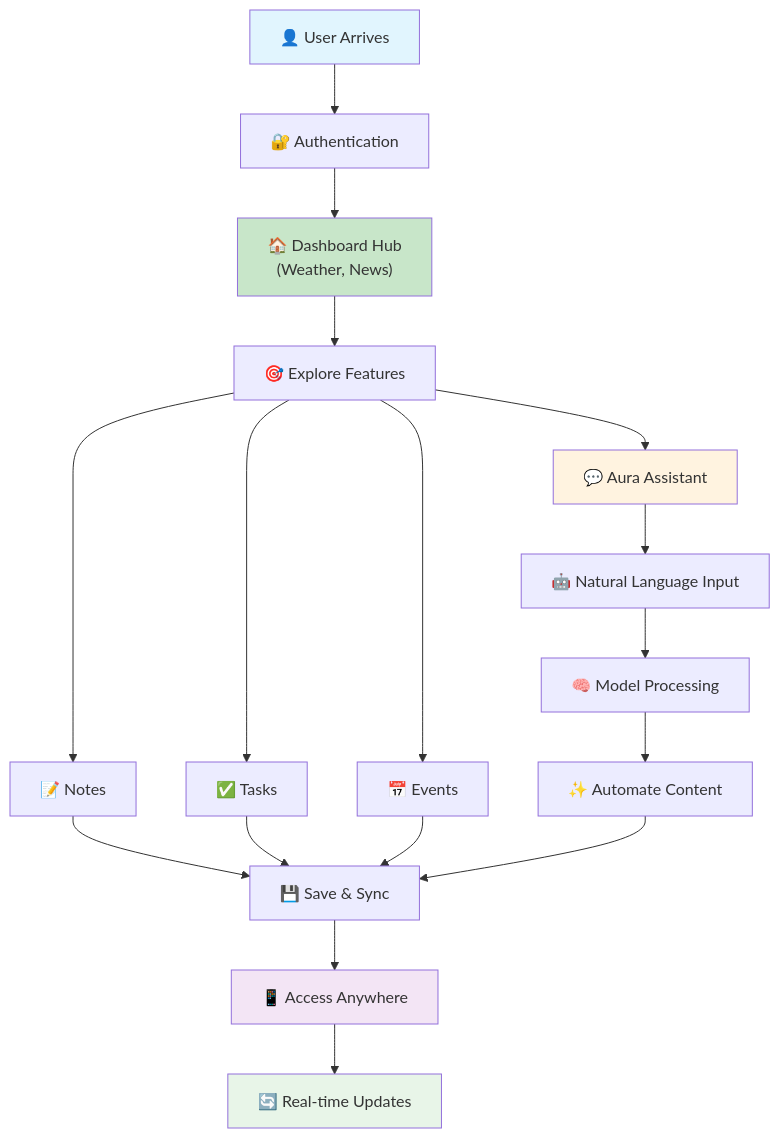
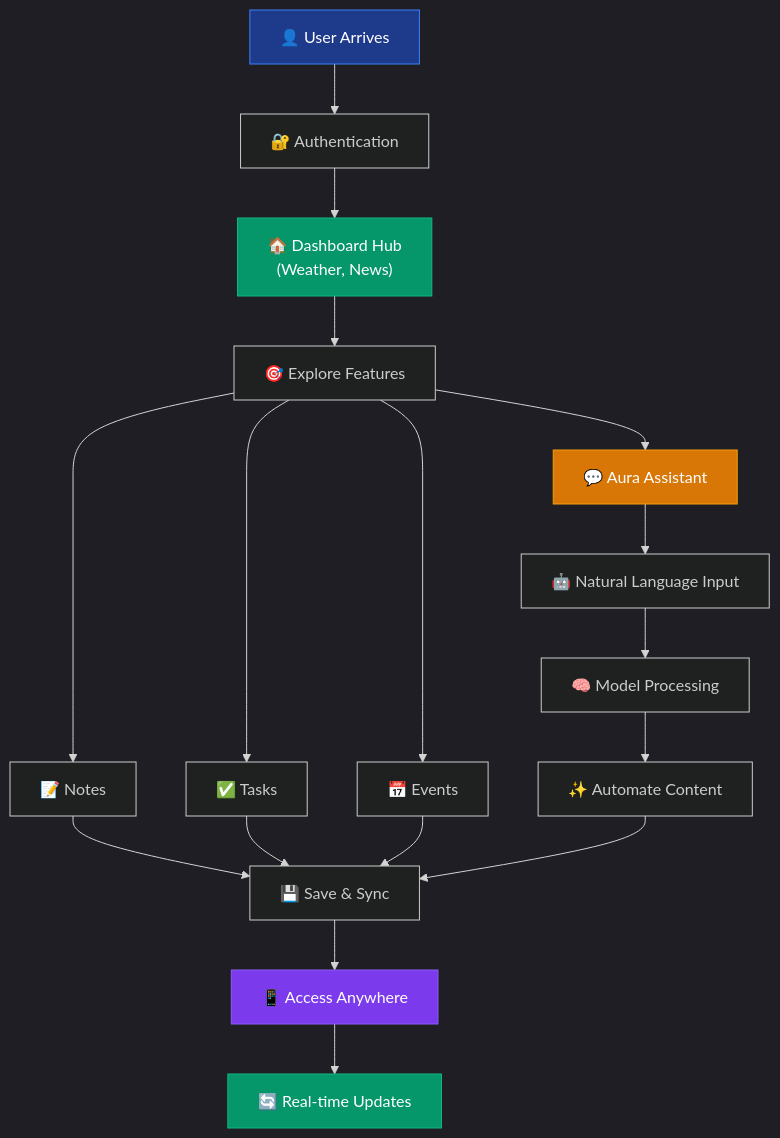
Before and after one commit to dhyan2815/AuraOne: the diagram in README.md, drawn with Mermaid.

Commit message:
dark theme for mermaid diagram

````diff
--- a/README.md
+++ b/README.md
@@ -28,29 +28,30 @@
 ```mermaid
+%%{init: {'theme': 'dark'}}%%
 flowchart TD
     A[👤 User Arrives] --> B[🔐 Authentication]
     B --> C["🏠 Dashboard Hub<br/>(Weather, News)"]
     C --> D["🎯 Explore Features"]
     
     D --> E[📝 Notes]
     D --> F[✅ Tasks]
     D --> G[📅 Events]
     D --> H[💬 Aura Assistant]
     
     H --> I[🤖 Natural Language Input]
     I --> J[🧠 Model Processing]
     J --> K[✨ Automate Content]
     
     E --> L[💾 Save & Sync]
     F --> L
     G --> L
     K --> L
     
     L --> M[📱 Access Anywhere]
     M --> N[🔄 Real-time Updates]
     
-    style A fill:#e1f5fe
-    style C fill:#c8e6c9
-    style H fill:#fff3e0
-    style M fill:#f3e5f5
-    style N fill:#e8f5e8
+    style A fill:#1e3a8a,stroke:#3b82f6,color:#ffffff
+    style C fill:#059669,stroke:#10b981,color:#ffffff
+    style H fill:#d97706,stroke:#f59e0b,color:#ffffff
+    style M fill:#7c3aed,stroke:#8b5cf6,color:#ffffff
+    style N fill:#059669,stroke:#10b981,color:#ffffff
 ```
````
